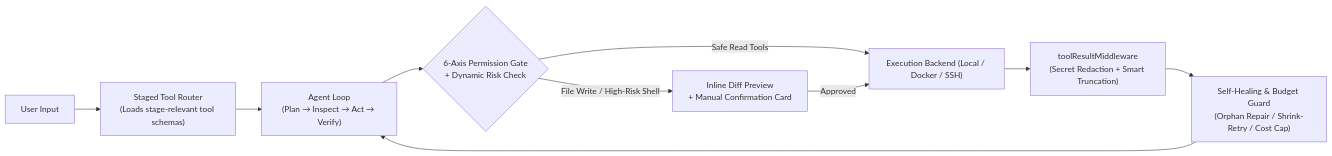
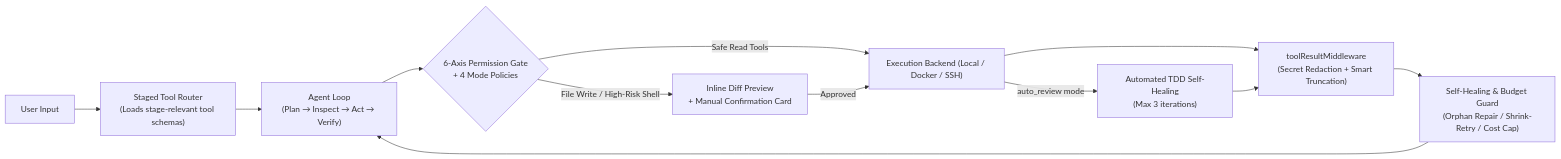
One commit to TQSY114514/Aether changed the diagram in README.md. Above: the diagram before and after it, drawn with Mermaid. The commit also changed other lines of this file and 19 other files, not shown here.

First line of the commit message:
docs: update radar chart calibration and complete readme feature documentation

````diff
--- a/README.md
+++ b/README.md
@@ -149,12 +175,14 @@
 ```mermaid
 flowchart LR
   Input["User Input"] --> Router["Staged Tool Router<br/>(Loads stage-relevant tool schemas)"]
   Router --> Loop["Agent Loop<br/>(Plan → Inspect → Act → Verify)"]
-  Loop --> Gate{"6-Axis Permission Gate<br/>+ Dynamic Risk Check"}
+  Loop --> Gate{"6-Axis Permission Gate<br/>+ 4 Mode Policies"}
   Gate -- "Safe Read Tools" --> Backend["Execution Backend (Local / Docker / SSH)"]
   Gate -- "File Write / High-Risk Shell" --> Review["Inline Diff Preview<br/>+ Manual Confirmation Card"]
   Review -- "Approved" --> Backend
   Backend --> Sanitize["toolResultMiddleware<br/>(Secret Redaction + Smart Truncation)"]
+  Backend -- "auto_review mode" --> TDD["Automated TDD Self-Healing<br/>(Max 3 iterations)"]
+  TDD --> Sanitize
   Sanitize --> Recovery["Self-Healing & Budget Guard<br/>(Orphan Repair / Shrink-Retry / Cost Cap)"]
   Recovery --> Loop
 ```
````
